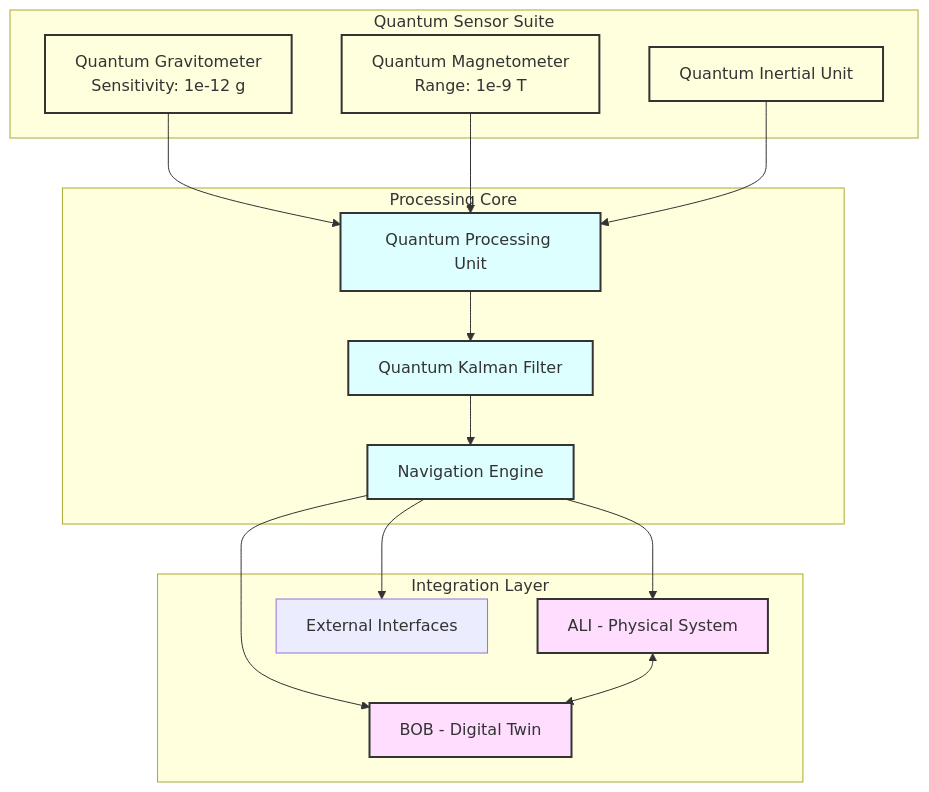
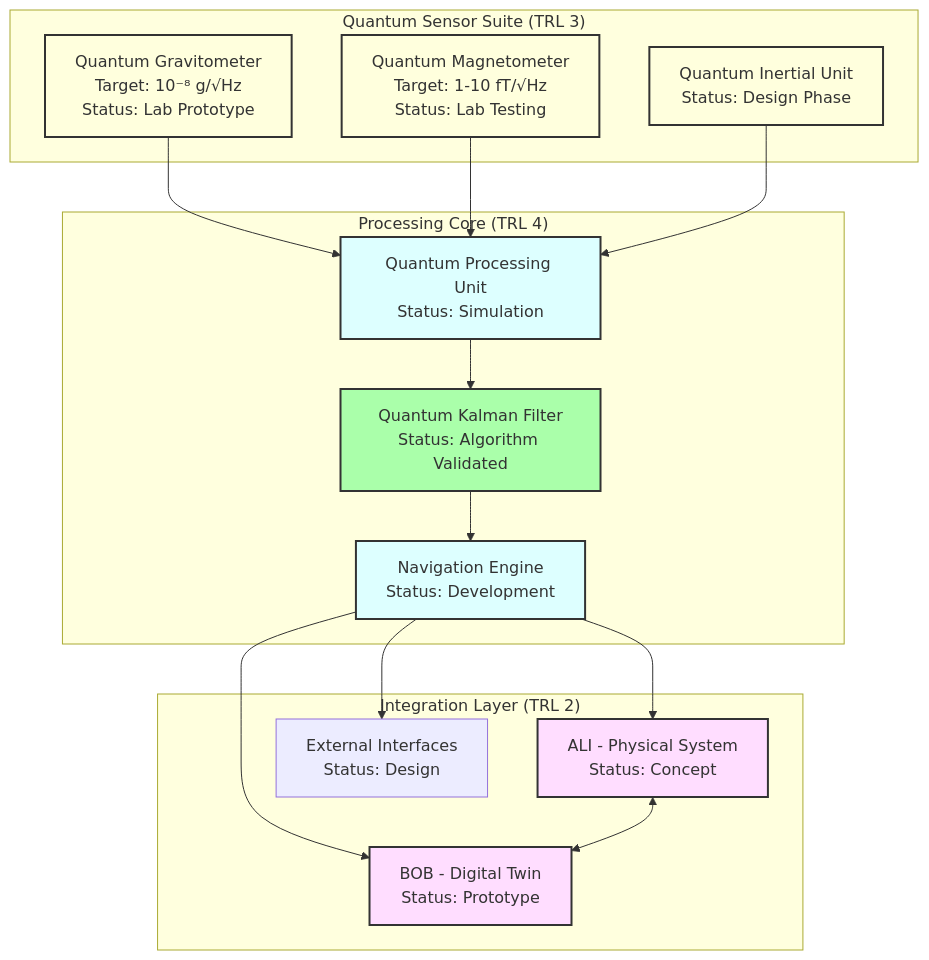
The fourth of 33 diagrams in PRODUCT_LINES/QUANTUM/QUANTUM_SOFTWARE/DESIGN/QNS_NAVIGATION/DES_SOFTWARE_DEV/QUA-QNS01-25SVD0001-DES-BOB-ORG-TD-ATA-000-00-01-TPL-DOC-001-QCOM-v1.1.0 .md (Robbbo-T/A-Q-U-A_V), drawn with Mermaid before and after one commit. The commit also changed other lines of this file, not shown here.

Commit message:
Update QUA-QNS01-25SVD0001-DES-BOB-ORG-TD-ATA-000-00-01-TPL-DOC-001-QCOM-v1.1.0 .md

````diff
--- a/PRODUCT_LINES/QUANTUM/QUANTUM_SOFTWARE/DESIGN/QNS_NAVIGATION/DES_SOFTWARE_DEV/QUA-QNS01-25SVD0001-DES-BOB-ORG-TD-ATA-000-00-01-TPL-DOC-001-QCOM-v1.1.0 .md
+++ b/PRODUCT_LINES/QUANTUM/QUANTUM_SOFTWARE/DESIGN/QNS_NAVIGATION/DES_SOFTWARE_DEV/QUA-QNS01-25SVD0001-DES-BOB-ORG-TD-ATA-000-00-01-TPL-DOC-001-QCOM-v1.1.0 .md
@@ -163,45 +167,39 @@
 ```mermaid
 graph TB
-    subgraph "Quantum Sensor Suite"
-        QG[Quantum Gravitometer<br/>Sensitivity: 1e-12 g]
-        QM[Quantum Magnetometer<br/>Range: 1e-9 T]
-        QI[Quantum Inertial Unit]
+    subgraph "Quantum Sensor Suite (TRL 3)"
+        QG[Quantum Gravitometer<br/>Target: 10⁻⁸ g/√Hz<br/>Status: Lab Prototype]
+        QM[Quantum Magnetometer<br/>Target: 1-10 fT/√Hz<br/>Status: Lab Testing]
+        QI[Quantum Inertial Unit<br/>Status: Design Phase]
     end
     
-    subgraph "Processing Core"
-        QPU[Quantum Processing Unit]
-        QKF[Quantum Kalman Filter]
-        NAV[Navigation Engine]
+    subgraph "Processing Core (TRL 4)"
+        QPU[Quantum Processing Unit<br/>Status: Simulation]
+        QKF[Quantum Kalman Filter<br/>Status: Algorithm Validated]
+        NAV[Navigation Engine<br/>Status: Development]
     end
     
-    subgraph "Integration Layer"
-        ALI[ALI - Physical System]
-        BOB[BOB - Digital Twin]
-        API[External Interfaces]
+    subgraph "Integration Layer (TRL 2)"
+        ALI[ALI - Physical System<br/>Status: Concept]
+        BOB[BOB - Digital Twin<br/>Status: Prototype]
+        API[External Interfaces<br/>Status: Design]
     end
     
     QG --> QPU
     QM --> QPU
     QI --> QPU
     QPU --> QKF
     QKF --> NAV
     NAV --> ALI
     NAV --> BOB
     ALI <--> BOB
     NAV --> API
     
     style QG fill:#ffd,stroke:#333,stroke-width:2px
     style QM fill:#ffd,stroke:#333,stroke-width:2px
     style QI fill:#ffd,stroke:#333,stroke-width:2px
     style QPU fill:#dff,stroke:#333,stroke-width:2px
-    style QKF fill:#dff,stroke:#333,stroke-width:2px
+    style QKF fill:#afa,stroke:#333,stroke-width:2px
     style NAV fill:#dff,stroke:#333,stroke-width:2px
     style ALI fill:#fdf,stroke:#333,stroke-width:2px
     style BOB fill:#fdf,stroke:#333,stroke-width:2px
-    
-    click QG "./design/quantum-gravitometer.html" "Gravitometer Design"
-    click QM "./design/quantum-magnetometer.html" "Magnetometer Design"
-    click QPU "./design/qpu-architecture.html" "QPU Architecture"
-    click ALI "./design/ali-system.html" "ALI System Design"
-    click BOB "./design/bob-system.html" "BOB Digital Twin"
 ```
````
